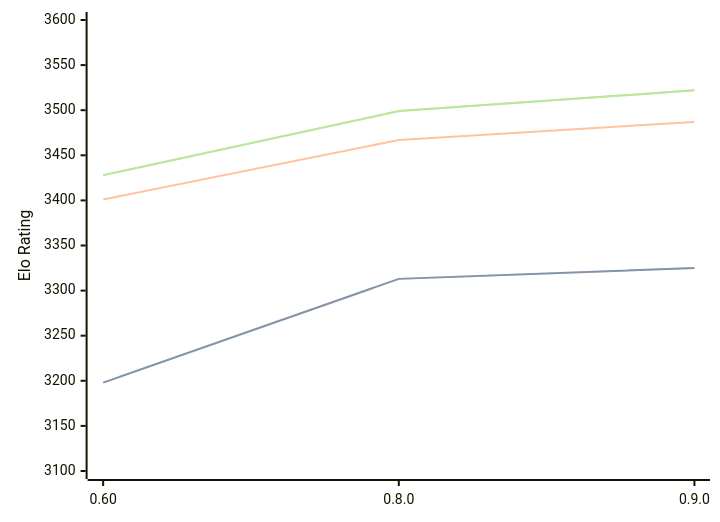
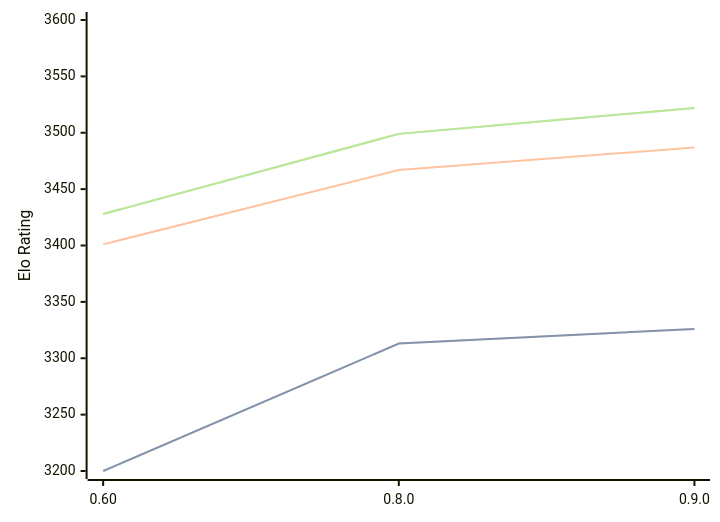
One commit to computer-chess-index/cci changed the diagram in engines/Motor.md. Above: the diagram before and after it, drawn with Mermaid. The commit also changed other lines of this file, not shown here.

Commit message:
Update CCI Ratings (ELO VLTC) - 2026-07-30

````diff
--- a/engines/Motor.md
+++ b/engines/Motor.md
@@ -39,11 +39,11 @@
 ```mermaid
 %%{init: {"theme":"base","themeVariables":{"seriesColors:['#a3a3a3','#222221','#faa371']}}}%%
 xychart-beta
   x-axis ["0.60", "0.8.0", "0.9.0"]
-  y-axis "Elo Rating" 3100 --> 3600
-  line "STC (8.0+0.08s)" [3198, 3313, 3325]
-  line "STC (8.0+0.08s)" [3198, 3313, 3325]
+  y-axis "Elo Rating" 3200 --> 3600
+  line "STC (8.0+0.08s)" [3200, 3313, 3326]
+  line "STC (8.0+0.08s)" [3200, 3313, 3326]
   line "LTC (60.0+0.60s)" [3401, 3467, 3487]
   line "VLTC (2m24s+1.12s)" [3428, 3499, 3522]
   line "VLTC (2m24s+1.12s)" [3428, 3499, 3522]
 ```
````
